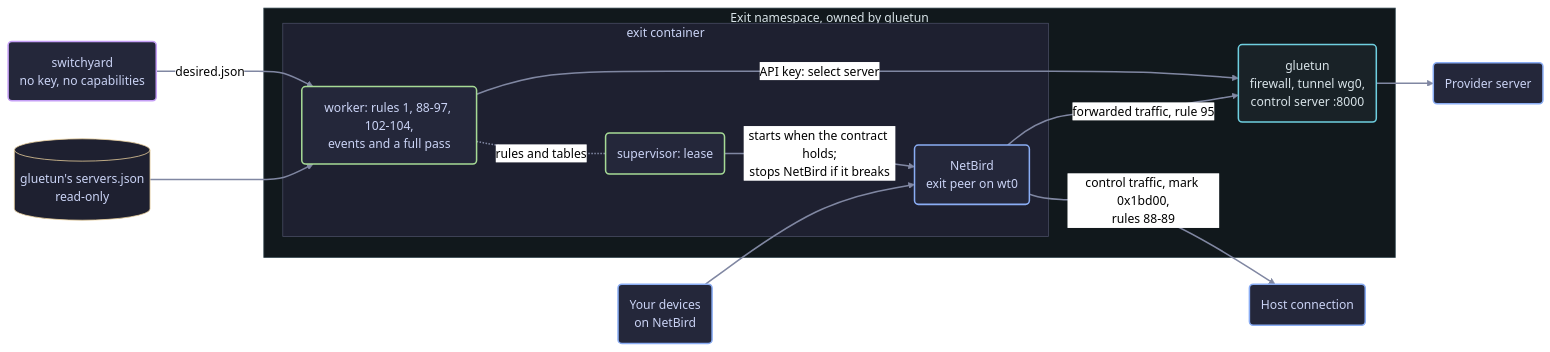
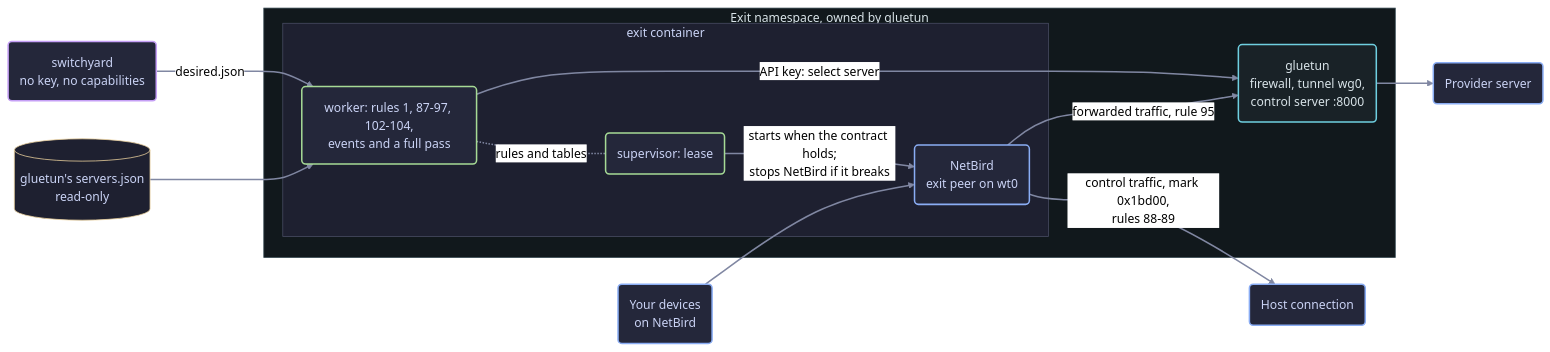
The fourth of 5 diagrams in docs/architecture.md (irashack/molebridge), drawn with Mermaid (neutral theme) before and after one commit. The commit also changed other lines of this file and 9 other files, not shown here.

````diff
--- a/docs/architecture.md
+++ b/docs/architecture.md
@@ -1694,40 +1694,40 @@
 ```mermaid
 flowchart LR
     device("Your devices<br/>on NetBird")
     provider("Provider server")
     subgraph ns["Exit namespace, owned by gluetun"]
         gluetun("gluetun<br/>firewall, tunnel wg0,<br/>control server :8000")
         subgraph exit["exit container"]
-            worker("worker: rules 1, 88-97, 102-104,<br/>events and a full pass")
+            worker("worker: rules 1, 87-97, 102-104,<br/>events and a full pass")
             sup("supervisor: lease")
             netbird("NetBird<br/>exit peer on wt0")
         end
     end
     servers[("gluetun's servers.json<br/>read-only")]
     panel("switchyard<br/>no key, no capabilities")
     host("Host connection")
 
     device --> netbird
     netbird -- "forwarded traffic, rule 95" --> gluetun
     gluetun --> provider
     sup -- "starts when the contract holds;<br/>stops NetBird if it breaks" --> netbird
     worker -. "rules and tables" .- sup
     worker -- "API key: select server" --> gluetun
     servers --> worker
     panel -- "desired.json" --> worker
     netbird -- "control traffic, mark 0x1bd00,<br/>rules 88-89" --> host
 
     classDef endpoint fill:#24273a,stroke:#8aadf4,color:#cad3f5,stroke-width:2px
     classDef routing fill:#24273a,stroke:#a6da95,color:#cad3f5,stroke-width:2px
     classDef file fill:#1e2030,stroke:#eed49f,color:#cad3f5,stroke-width:1px
     classDef gluetunc fill:#192227,stroke:#6fcfe0,color:#d8e3e8,stroke-width:2px
     classDef panelc fill:#24273a,stroke:#c6a0f6,color:#cad3f5,stroke-width:2px
     class device,provider,netbird,host endpoint
     class worker,sup routing
     class panel panelc
     class servers file
     class gluetun gluetunc
     style ns fill:#11181c,stroke:#384a54,color:#d8e3e8
     style exit fill:#1e2030,stroke:#494d64,color:#cad3f5
     linkStyle default stroke:#8087a2,stroke-width:2px
 ```
````
